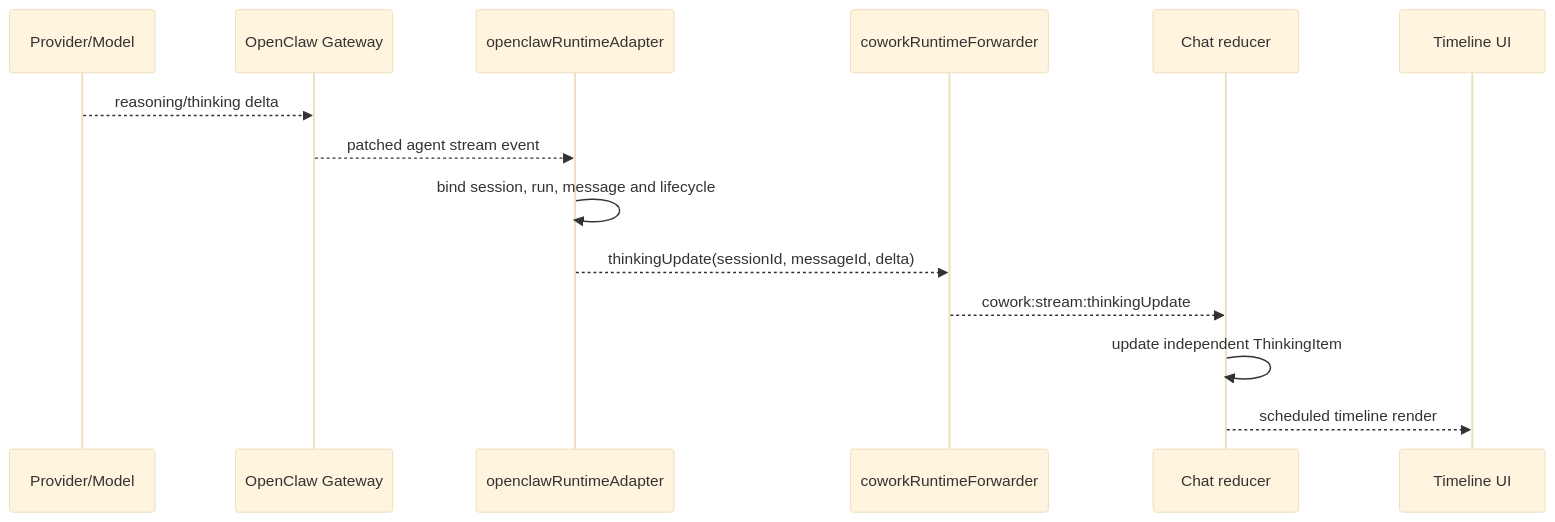
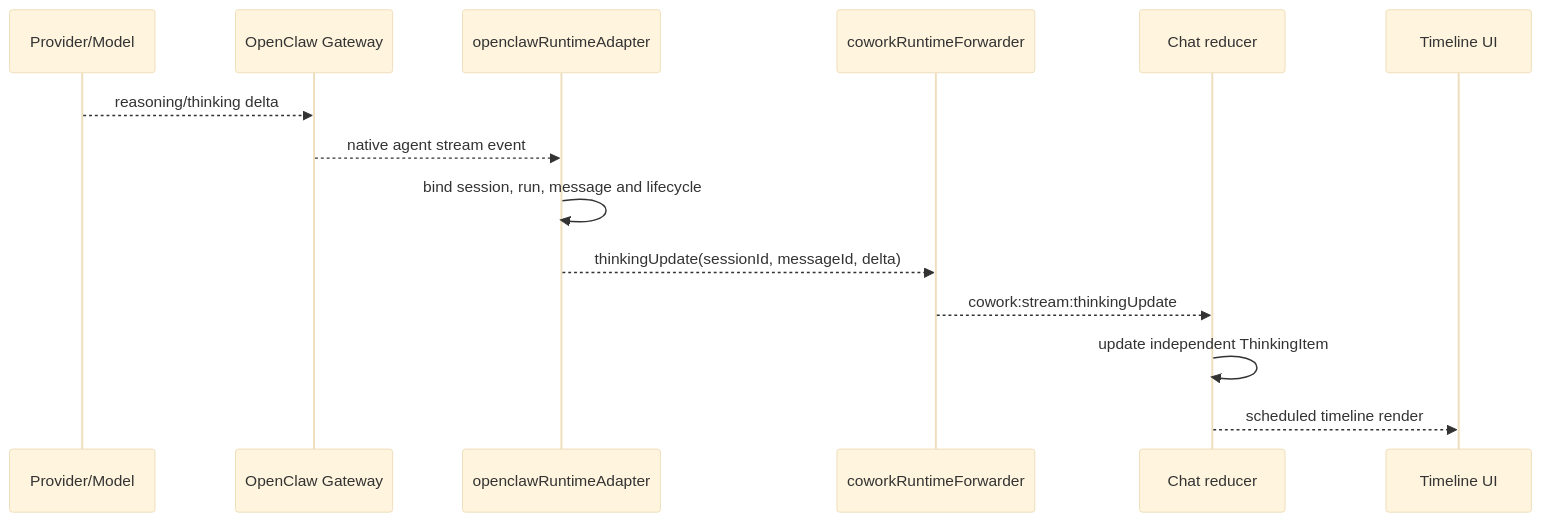
One commit to liangxhao/JustDo changed the diagram in docs/features/thinking-stream-implementation.md. Above: the diagram before and after it, drawn with Mermaid (base theme). The commit also changed other lines of this file and 110 other files, not shown here.

````diff
--- a/docs/features/thinking-stream-implementation.md
+++ b/docs/features/thinking-stream-implementation.md
@@ -23,17 +19,17 @@
 ```mermaid
 sequenceDiagram
   participant P as Provider/Model
   participant G as OpenClaw Gateway
   participant A as openclawRuntimeAdapter
   participant R as coworkRuntimeForwarder
   participant C as Chat reducer
   participant U as Timeline UI
 
   P-->>G: reasoning/thinking delta
-  G-->>A: patched agent stream event
+  G-->>A: native agent stream event
   A->>A: bind session, run, message and lifecycle
   A-->>R: thinkingUpdate(sessionId, messageId, delta)
   R-->>C: cowork:stream:thinkingUpdate
   C->>C: update independent ThinkingItem
   C-->>U: scheduled timeline render
 ```
````
